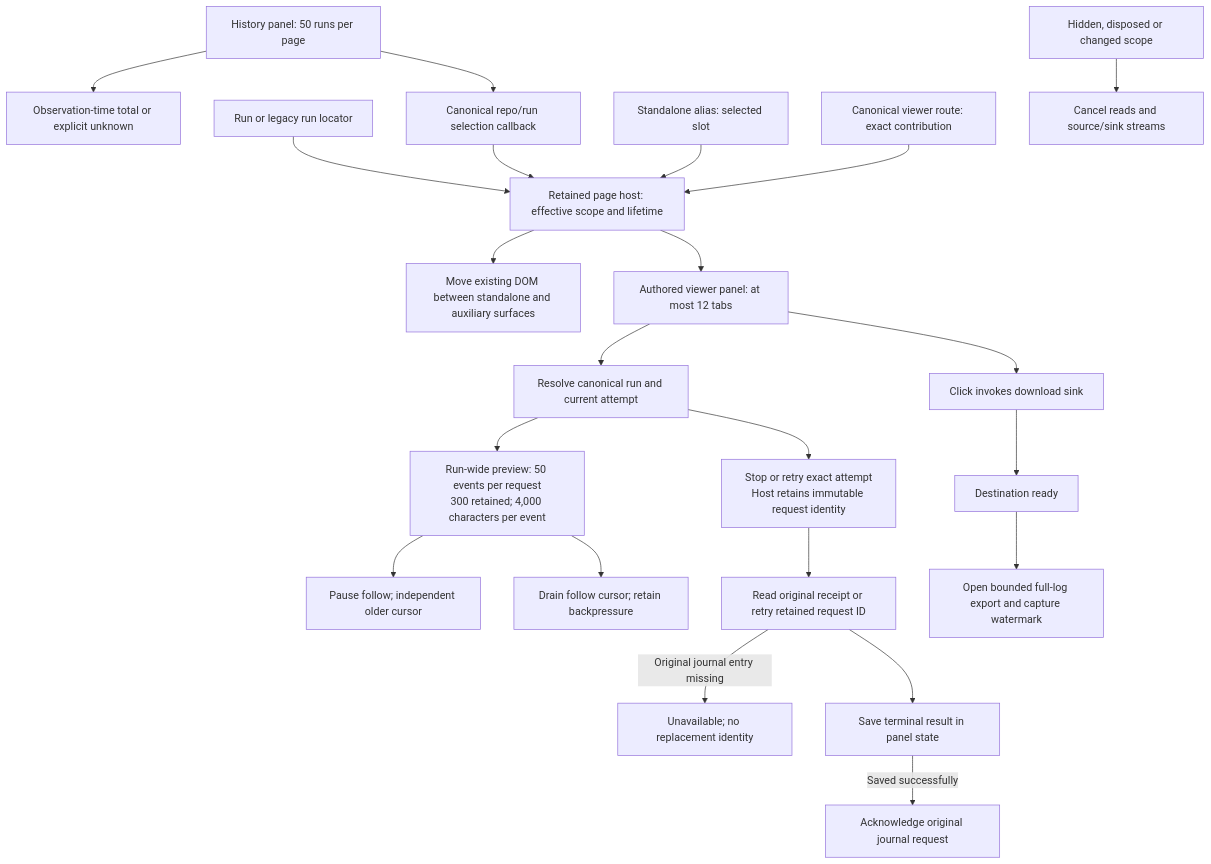
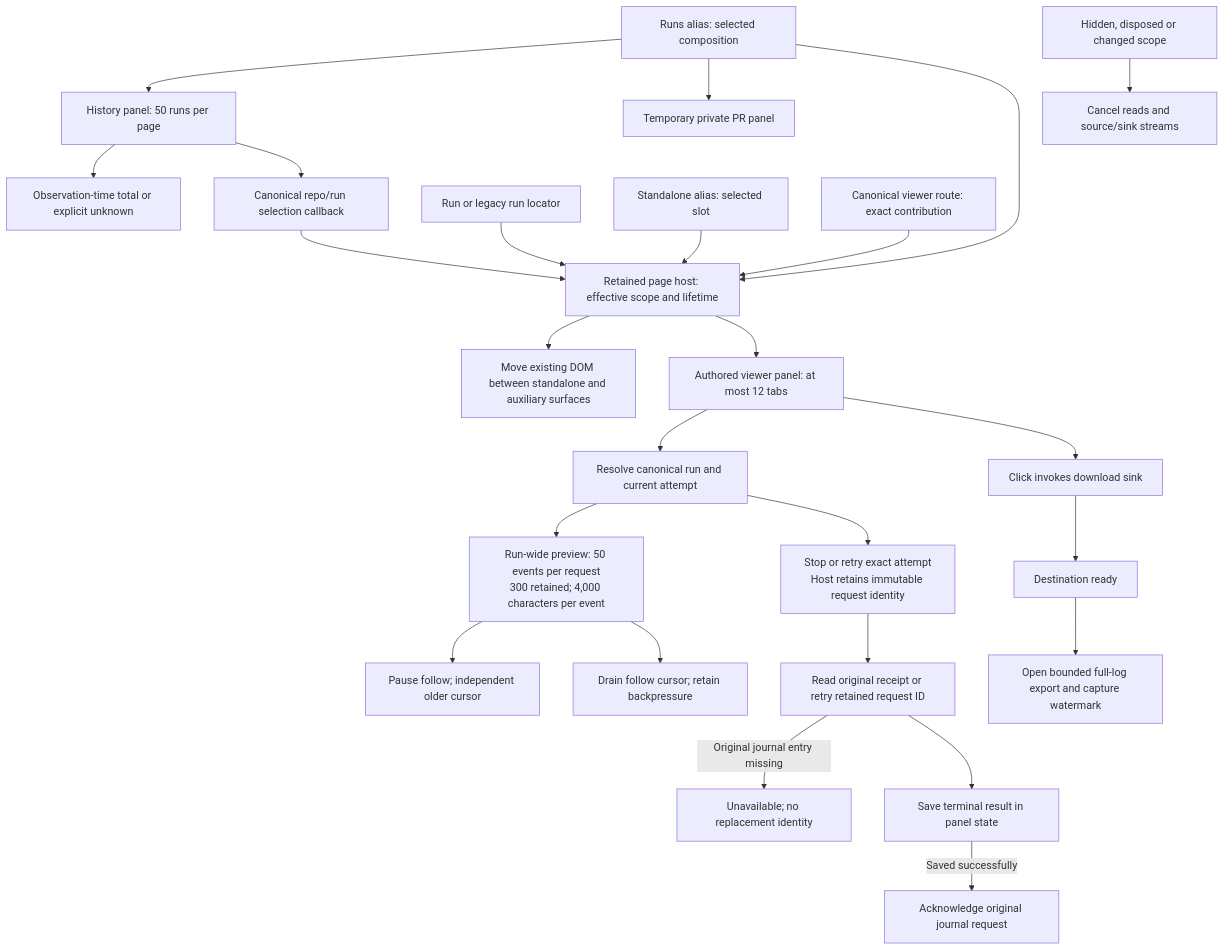
One commit to nloehlein-godaddy/helmsman changed the diagram in docs/run-presentation-authoring.md. Above: the diagram before and after it, drawn with Mermaid. The commit also changed other lines of this file and 49 other files, not shown here.

Commit message:
feat: route Runs through an authored composition

````diff
--- a/docs/run-presentation-authoring.md
+++ b/docs/run-presentation-authoring.md
@@ -20,24 +21,27 @@
 ```mermaid
 flowchart TD
+    Runs[Runs alias: selected composition] --> History
+    Runs --> PR[Temporary private PR panel]
+    Runs --> Host
     History[History panel: 50 runs per page] --> Count[Observation-time total or explicit unknown]
     History --> Selection[Canonical repo/run selection callback]
     External[Run or legacy run locator] --> Host[Retained page host: effective scope and lifetime]
     Selection --> Host
     Alias[Standalone alias: selected slot] --> Host
     Canonical[Canonical viewer route: exact contribution] --> Host
     Host --> Surface[Move existing DOM between standalone and auxiliary surfaces]
     Host --> Viewer[Authored viewer panel: at most 12 tabs]
     Viewer --> Resolve[Resolve canonical run and current attempt]
     Resolve --> Logs[Run-wide preview: 50 events per request<br/>300 retained; 4,000 characters per event]
     Logs --> Older[Pause follow; independent older cursor]
     Logs --> Follow[Drain follow cursor; retain backpressure]
     Resolve --> Commands[Stop or retry exact attempt<br/>Host retains immutable request identity]
     Commands --> Receipt[Read original receipt or retry retained request ID]
     Receipt -->|Original journal entry missing| Unavailable[Unavailable; no replacement identity]
     Receipt --> Save[Save terminal result in panel state]
     Save -->|Saved successfully| Ack[Acknowledge original journal request]
     Viewer --> Download[Click invokes download sink]
     Download --> Ready[Destination ready]
     Ready --> Export[Open bounded full-log export and capture watermark]
     Inactive[Hidden, disposed or changed scope] --> Cancel[Cancel reads and source/sink streams]
 ```
````
